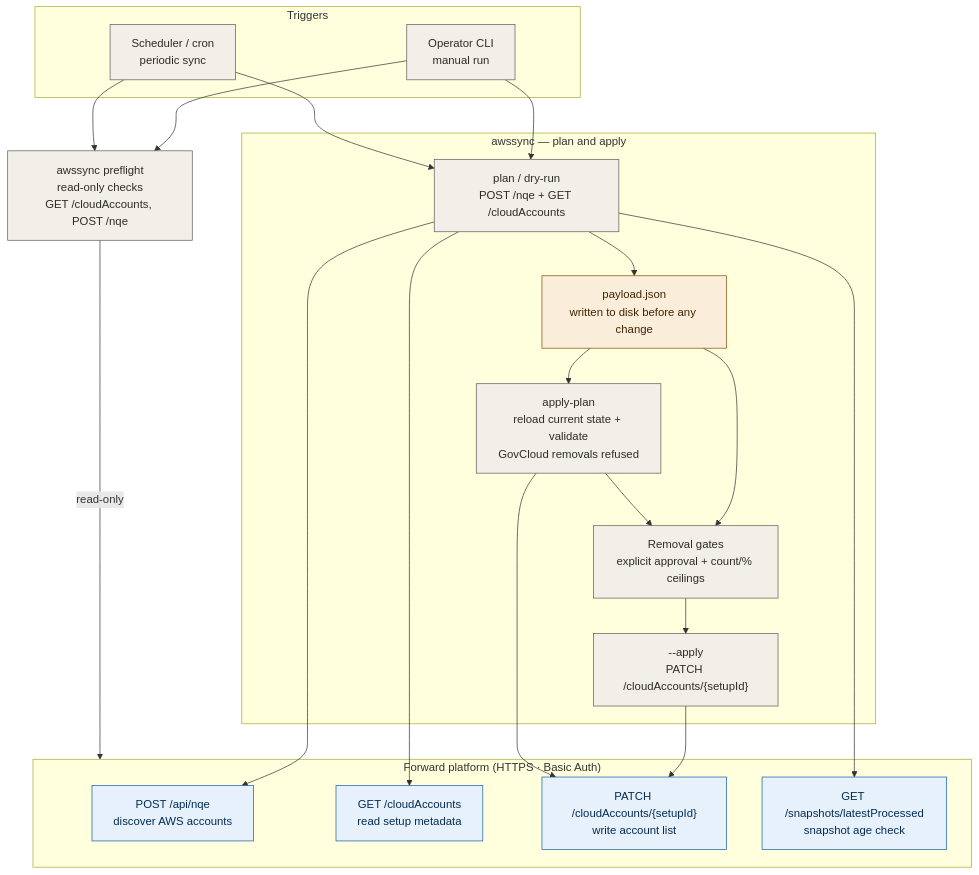
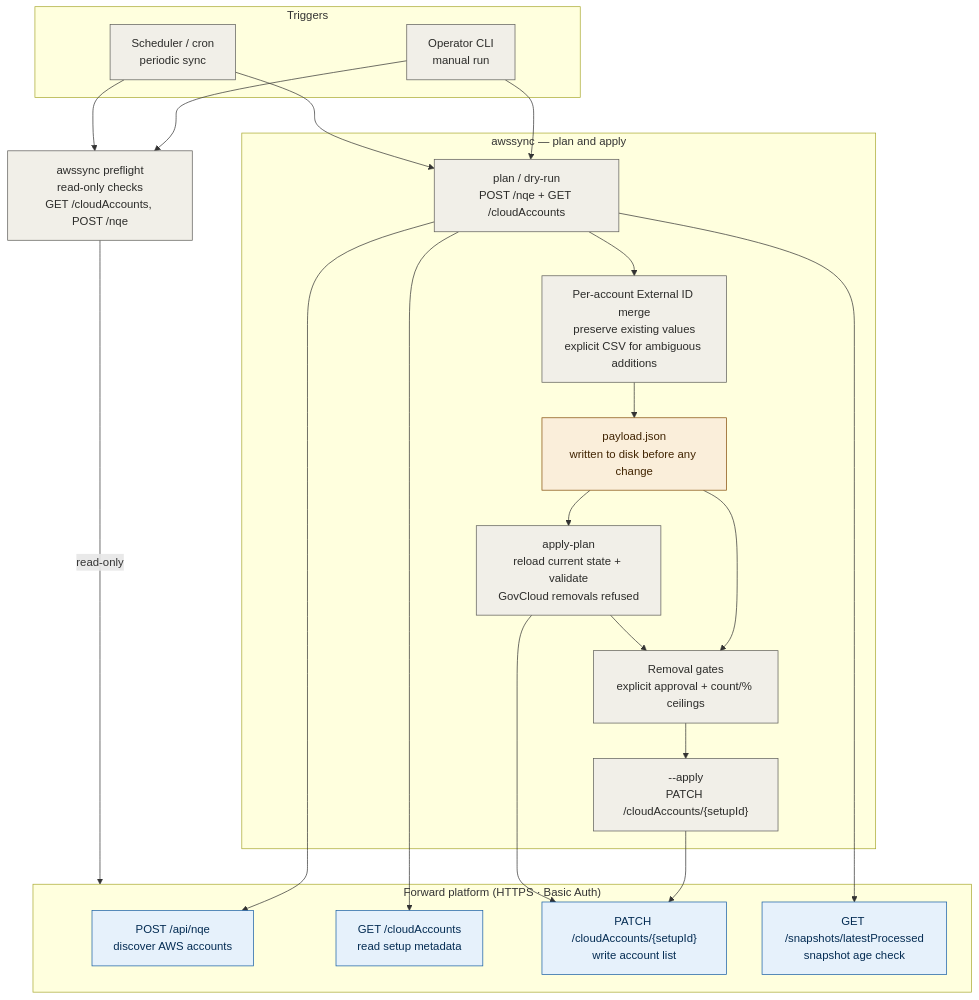
The second of 8 diagrams in docs/architecture-flow.md (forwardnetworks/aws-sync), drawn with Mermaid before and after one commit. The commit also changed other lines of this file and 11 other files, not shown here.

First line of the commit message:
feat: support per-account External IDs (#6)

````diff
--- a/docs/architecture-flow.md
+++ b/docs/architecture-flow.md
@@ -57,49 +57,50 @@
 ```mermaid
 flowchart TB
     subgraph triggers["Triggers"]
         cli["Operator CLI\nmanual run"]
         cron["Scheduler / cron\nperiodic sync"]
     end
 
     preflight["awssync preflight\nread-only checks\nGET /cloudAccounts, POST /nqe"]
 
     subgraph plan_apply["awssync — plan and apply"]
         plan["plan / dry-run\nPOST /nqe + GET /cloudAccounts"]
+        external_ids["Per-account External ID merge\npreserve existing values\nexplicit CSV for ambiguous additions"]
         disk["payload.json\nwritten to disk before any change"]
         safety["Removal gates\nexplicit approval + count/% ceilings"]
         apply["--apply\nPATCH /cloudAccounts/{setupId}"]
         apply_plan["apply-plan\nreload current state + validate\nGovCloud removals refused"]
     end
 
     subgraph fwd["Forward platform  (HTTPS · Basic Auth)"]
         nqe["POST /api/nqe\ndiscover AWS accounts"]
         get_accts["GET /cloudAccounts\nread setup metadata"]
         patch_accts["PATCH /cloudAccounts/{setupId}\nwrite account list"]
         get_snap["GET /snapshots/latestProcessed\nsnapshot age check"]
     end
 
     cli --> preflight
     cron --> preflight
     cli --> plan
     cron --> plan
 
     preflight -- "read-only" --> fwd
-    plan --> disk
+    plan --> external_ids --> disk
     disk --> safety --> apply
     disk --> apply_plan
     apply_plan --> safety
     apply --> patch_accts
     apply_plan --> patch_accts
     plan --> nqe
     plan --> get_accts
     plan --> get_snap
 
     classDef neutral fill:#F1EFE8,stroke:#5F5E5A,color:#2C2C2A;
     classDef fwdnode fill:#E6F1FB,stroke:#185FA5,color:#042C53;
     classDef artifact fill:#FAEEDA,stroke:#854F0B,color:#412402;
 
     class cli,cron,preflight neutral;
-    class plan,safety,apply,apply_plan neutral;
+    class plan,external_ids,safety,apply,apply_plan neutral;
     class nqe,get_accts,patch_accts,get_snap fwdnode;
     class disk artifact;
 ```
````
